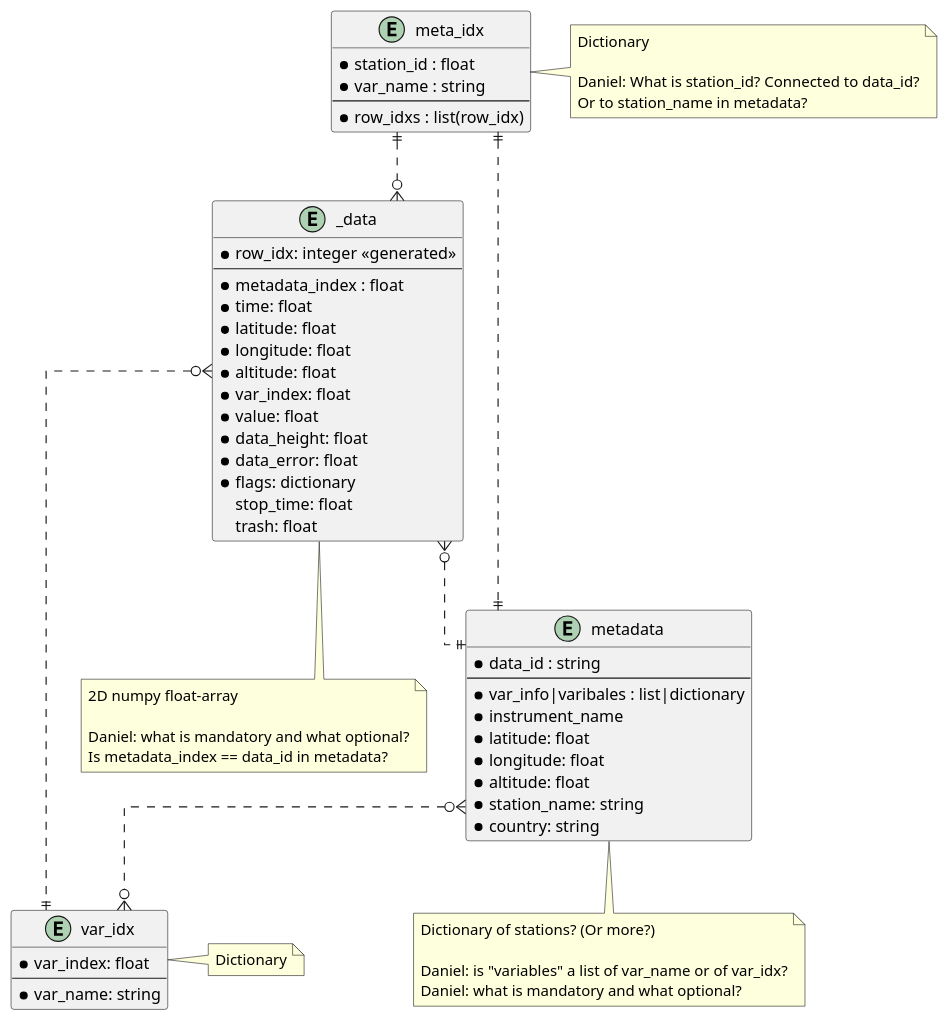
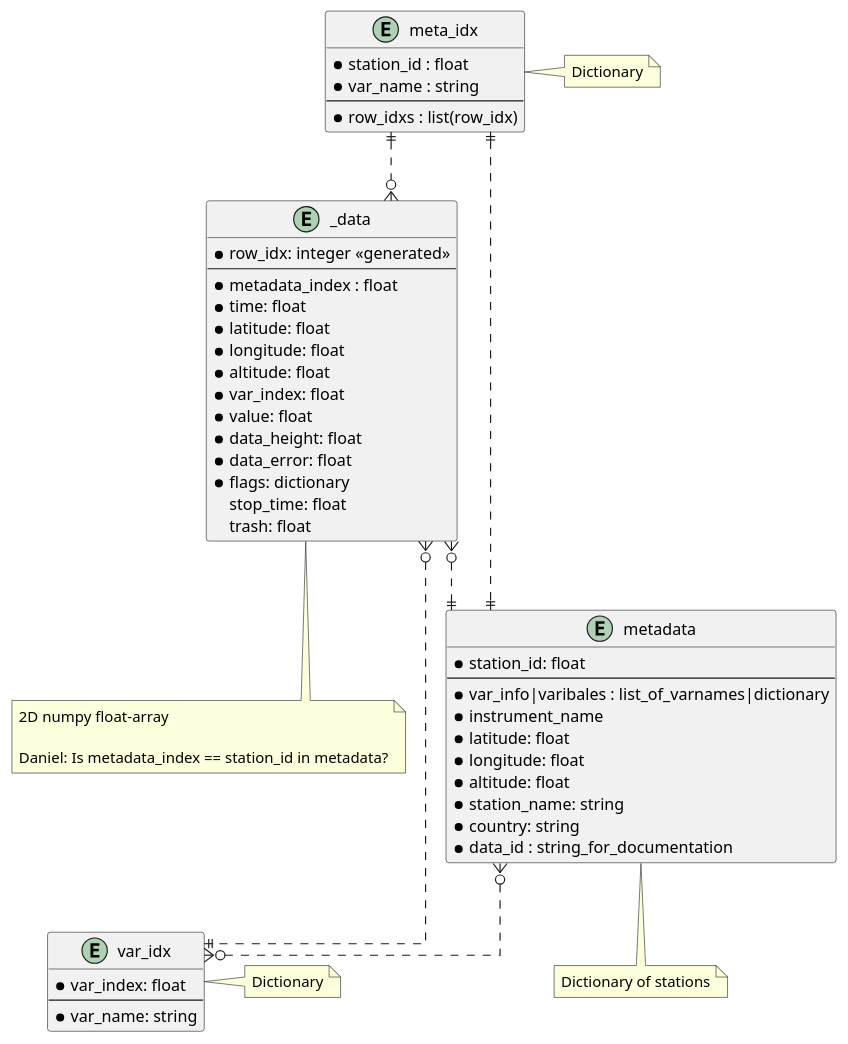
One commit to metno/pyaro changed the diagram in docs/puml/UngriddedData.puml. Above: the diagram before and after it, drawn with PlantUML.

```diff
--- a/docs/puml/UngriddedData.puml
+++ b/docs/puml/UngriddedData.puml
@@ -1,77 +1,71 @@
 @startuml
 ' hide the spot
 ' hide circle
 
 ' avoid problems with angled crows feet
 skinparam linetype ortho
 
 entity "_data" {
   *row_idx: integer <<generated>>
   --
   *metadata_index : float
   *time: float
   *latitude: float
   *longitude: float
   *altitude: float
   *var_index: float
   *value: float
   *data_height: float
   *data_error: float
   *flags: dictionary
   stop_time: float
   trash: float
 }
 note bottom of _data
 2D numpy float-array
 
-Daniel: what is mandatory and what optional?
-Is metadata_index == data_id in metadata?
+Daniel: Is metadata_index == station_id in metadata?
 end note
 
 entity "metadata" {
-  *data_id : string
+  *station_id: float
   --
-  *var_info|varibales : list|dictionary
+  *var_info|varibales : list_of_varnames|dictionary
   *instrument_name
   *latitude: float
   *longitude: float
   *altitude: float
   *station_name: string
   *country: string
+  *data_id : string_for_documentation
 }
 note bottom of metadata
-Dictionary of stations? (Or more?)
-
-Daniel: is "variables" a list of var_name or of var_idx?
-Daniel: what is mandatory and what optional?
+Dictionary of stations
 end note
 
 entity "meta_idx" {
   *station_id : float
   *var_name : string
   --
   *row_idxs : list(row_idx)
 }
 note right of meta_idx
 Dictionary
-
-Daniel: What is station_id? Connected to data_id?
-Or to station_name in metadata?
 end note
 
 entity "var_idx" {
   *var_index: float
   --
   *var_name: string
 }
 note right of var_idx
 Dictionary
 end note
 
 _data }o..|| metadata
 _data }o..|| var_idx
 meta_idx ||..o{ _data
 metadata }o..o{ var_idx
 meta_idx ||..|| metadata
 '_data |o..o{
 @enduml
```
